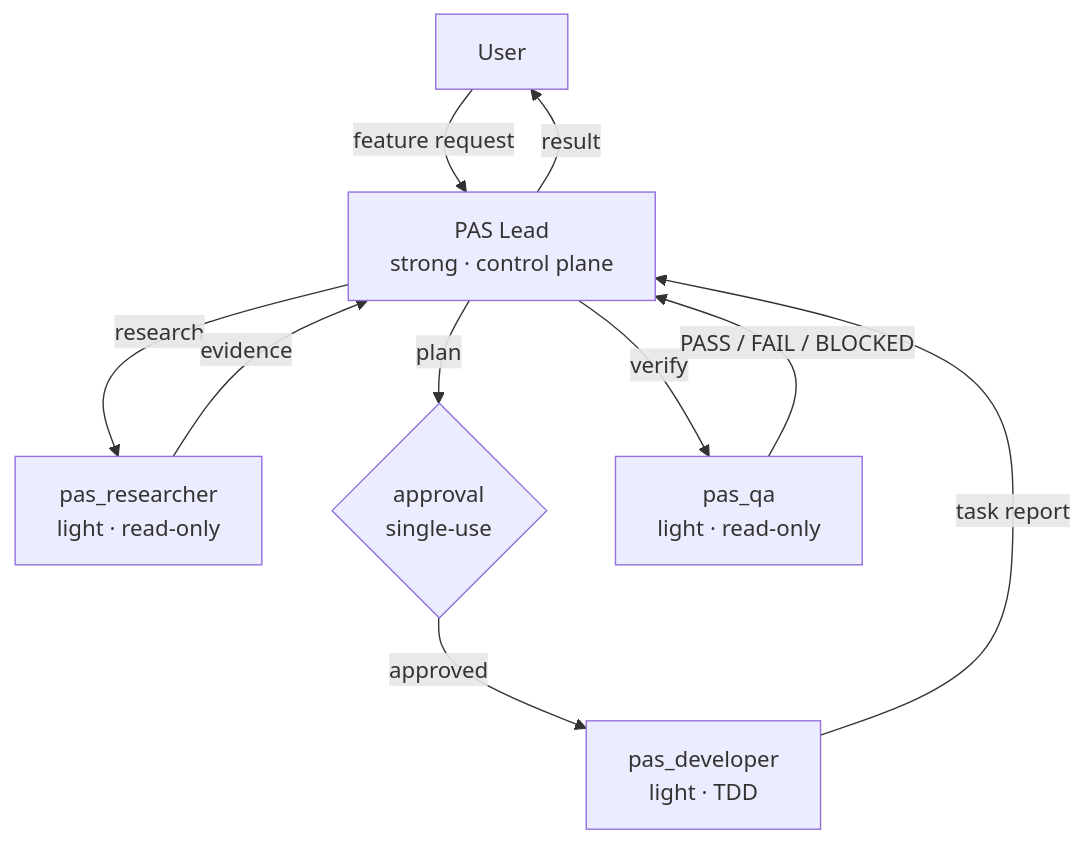
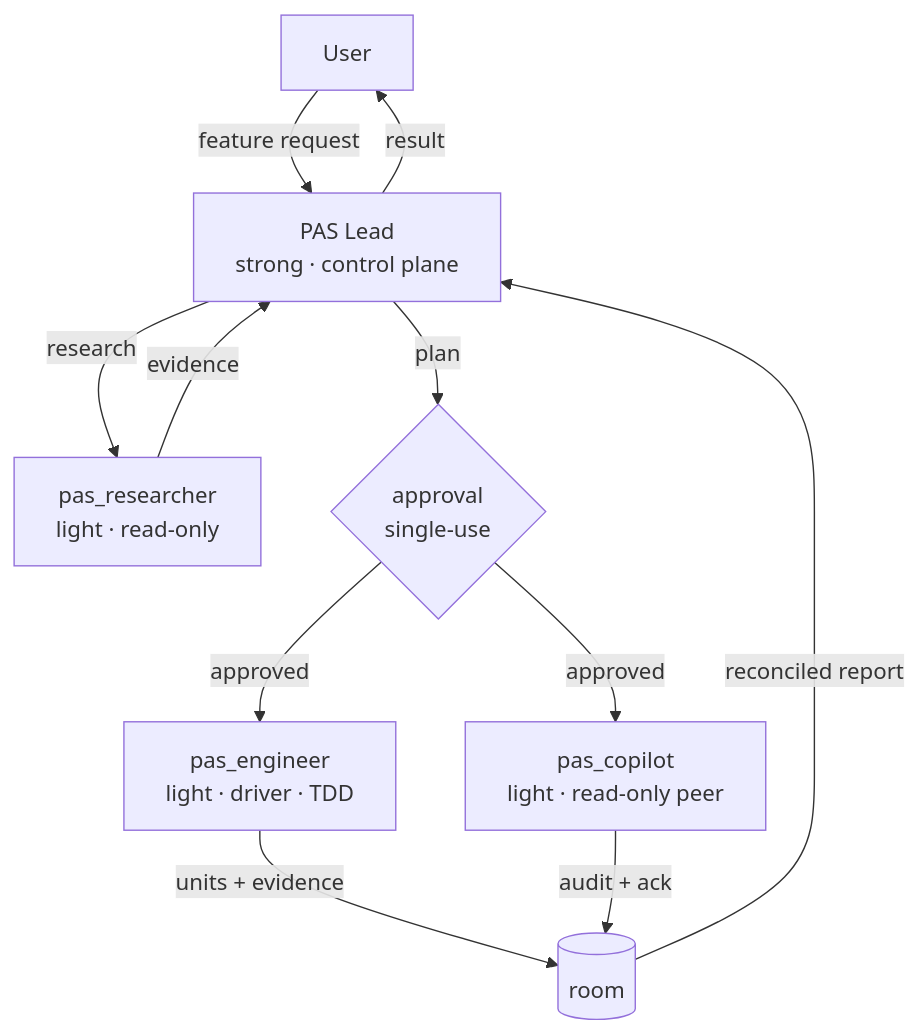
Before and after one commit to GabrielMartinMoran/pulsar-agent-squad: the diagram in README.md, drawn with Mermaid. The commit also changed other lines of this file and 47 other files, not shown here.

First line of the commit message:
Replace developer and QA agents with copiloted engineer and copilot pair

````diff
--- a/README.md
+++ b/README.md
@@ -257,12 +266,13 @@
 ```mermaid
 flowchart TD
     U[User] -->|feature request| L[PAS Lead<br/>strong · control plane]
     L -->|research| R[pas_researcher<br/>light · read-only]
     R -->|evidence| L
     L -->|plan| A{approval<br/>single-use}
-    A -->|approved| D[pas_developer<br/>light · TDD]
-    D -->|task report| L
-    L -->|verify| Q[pas_qa<br/>light · read-only]
-    Q -->|PASS / FAIL / BLOCKED| L
+    A -->|approved| D[pas_engineer<br/>light · driver · TDD]
+    A -->|approved| C[pas_copilot<br/>light · read-only peer]
+    D -->|units + evidence| Rm[(room)]
+    C -->|audit + ack| Rm
+    Rm -->|reconciled report| L
     L -->|result| U
 ```
````
